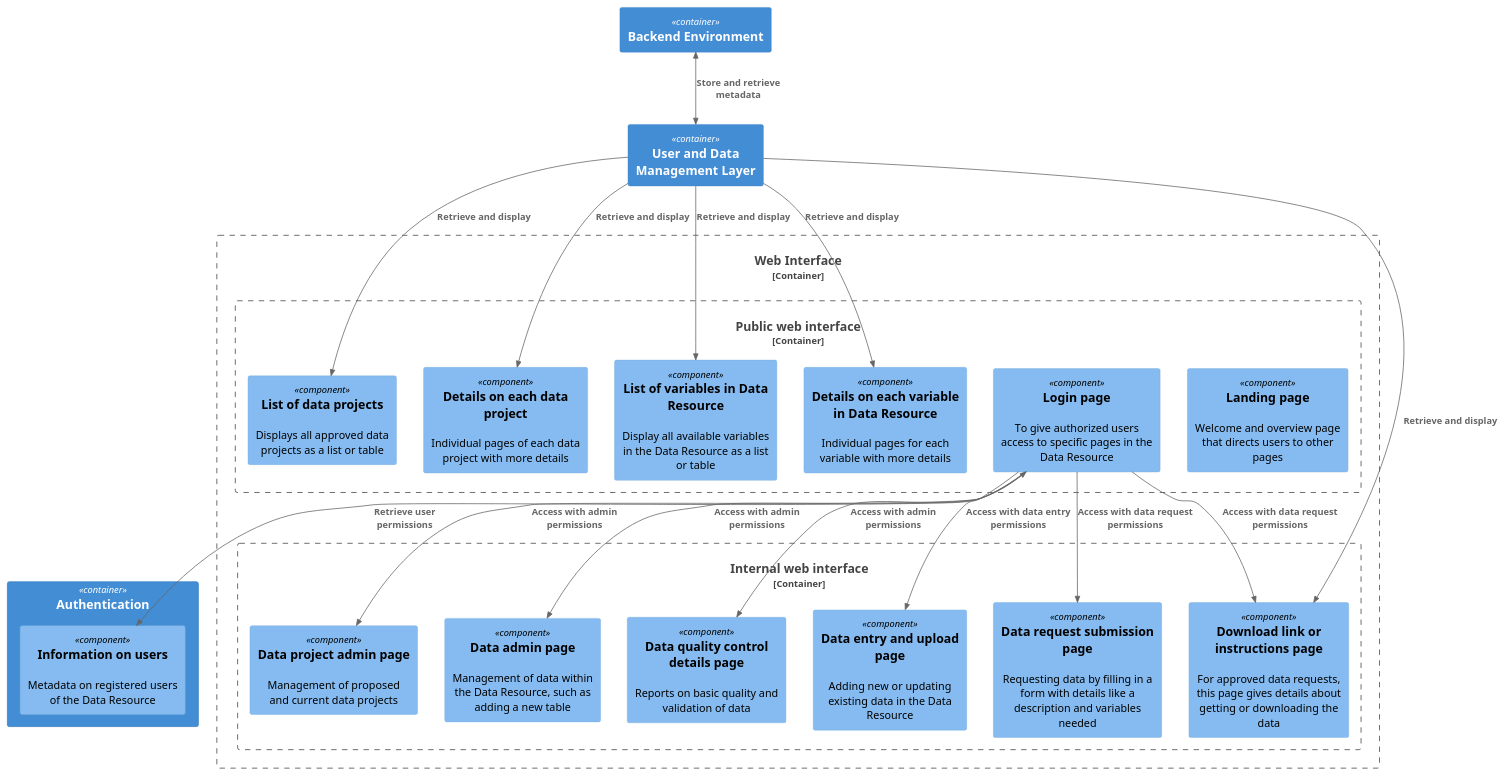
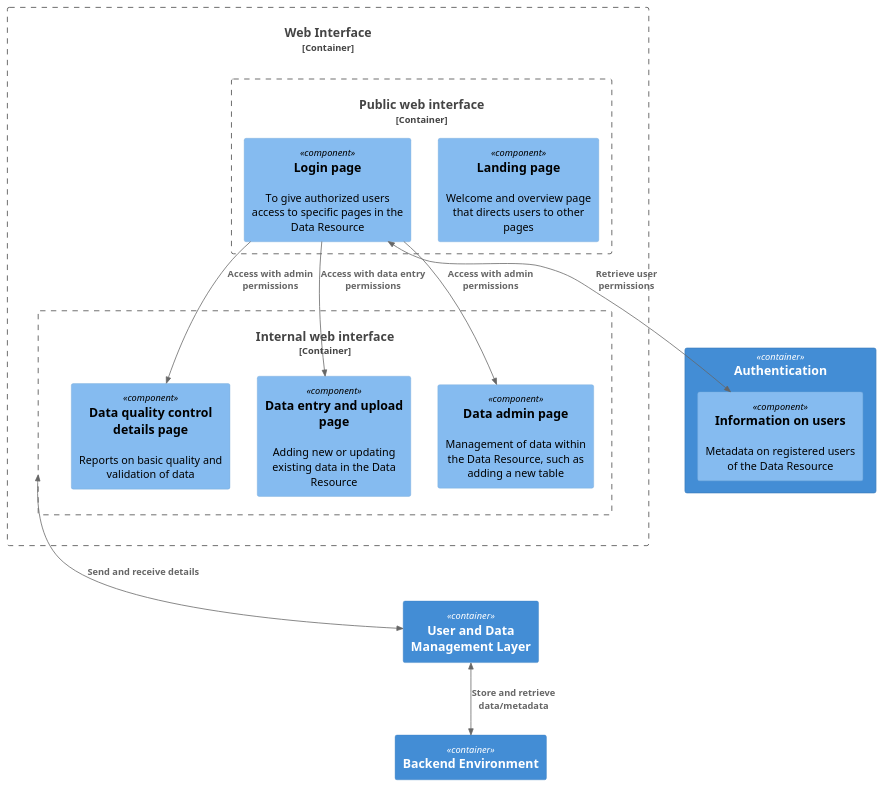
The diagram in docs/design/images/component-ui.puml (signekb/seedcase-sprout), drawn with PlantUML before and after one commit.

Commit message:
fix: :building_construction: Update UI component diagram to be only about Sprout
Related to #8

```diff
--- a/docs/design/images/component-ui.puml
+++ b/docs/design/images/component-ui.puml
@@ -1,58 +1,41 @@
 @startuml 
 ' Component diagram for the Seedcase product - Backend: File Storage
 !include  https://raw.githubusercontent.com/plantuml-stdlib/C4-PlantUML/master/C4_Component.puml
 
 Container(bee, "Backend Environment")
 Container(management, "User and Data Management Layer")
 Container(auth, "Authentication")
 Container(auth, "Authentication") {
   Component(user_info, "Information on users", $descr="Metadata on registered users of the Data Resource")
 }
 
 Container_Boundary(ui, "Web Interface") {
-
   Container_Boundary(web, "Public web interface") {
     Component(page_landing, "Landing page", $descr="Welcome and overview page that directs users to other pages")
     Component(page_login, "Login page", $descr="To give authorized users access to specific pages in the Data Resource")
-    Component(page_projects_list, "List of data projects", $descr="Displays all approved data projects as a list or table")
-    Component(page_projects_details, "Details on each data project", $descr="Individual pages of each data project with more details")
-    Component(page_metadata_list, "List of variables in Data Resource", $descr="Display all available variables in the Data Resource as a list or table")
-    Component(page_metadata_details, "Details on each variable in Data Resource", $descr="Individual pages for each variable with more details")
   }
   Container_Boundary(web_admin, "Internal web interface") {
     ' Admin
-    Component(page_project_admin, "Data project admin page", $descr="Management of proposed and current data projects")
     Component(page_data_admin, "Data admin page", $descr="Management of data within the Data Resource, such as adding a new table")
     Component(page_data_qc, "Data quality control details page", $descr="Reports on basic quality and validation of data")
 
     ' Data entry
     Component(page_data_upload, "Data entry and upload page", $descr="Adding new or updating existing data in the Data Resource")
-
-    ' Data request
-    Component(page_data_request, "Data request submission page", $descr="Requesting data by filling in a form with details like a description and variables needed")
-    Component(page_data_download, "Download link or instructions page", $descr="For approved data requests, this page gives details about getting or downloading the data")
   }
 }
 
 ' Logged in users
 BiRel(page_login, user_info, "Retrieve user permissions")
 
 Rel(page_login, page_data_upload, "Access with data entry permissions")
-
-Rel(page_login, page_data_request, "Access with data request permissions")
-Rel(page_login, page_data_download, "Access with data request permissions")
-
-Rel(page_login, page_project_admin, "Access with admin permissions")
 Rel(page_login, page_data_admin, "Access with admin permissions")
 Rel(page_login, page_data_qc, "Access with admin permissions")
 
 ' Accessing backend
-BiRel(bee, management, "Store and retrieve metadata")
-Rel(management, page_projects_list, "Retrieve and display")
-Rel(management, page_projects_details, "Retrieve and display")
-Rel(management, page_metadata_list, "Retrieve and display")
-Rel(management, page_metadata_details, "Retrieve and display")
+BiRel(web_admin, management, "Send and receive details")
+BiRel(bee, management, "Store and retrieve data/metadata")
 
-' Requesting data
-Rel(management, page_data_download, "Retrieve and display")
+Lay_D(ui, management)
+Lay_R(management, bee)
+
 @enduml
```
